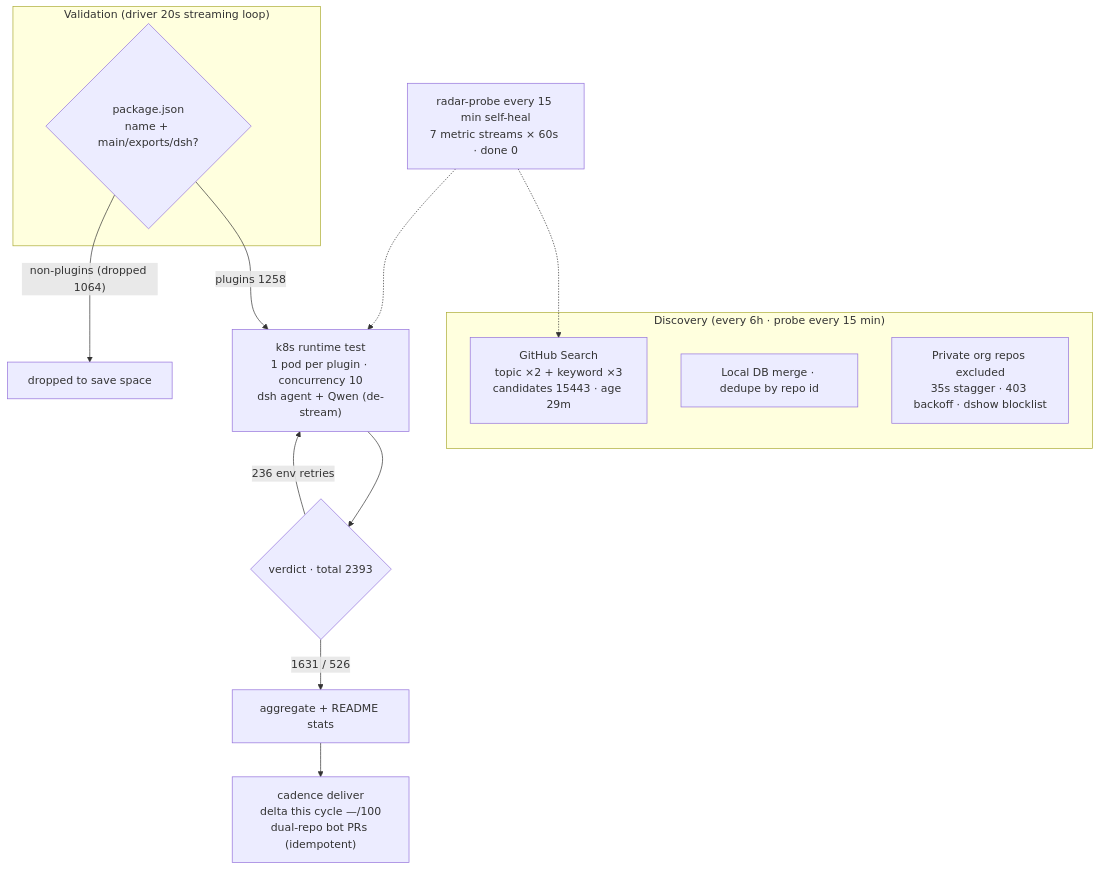
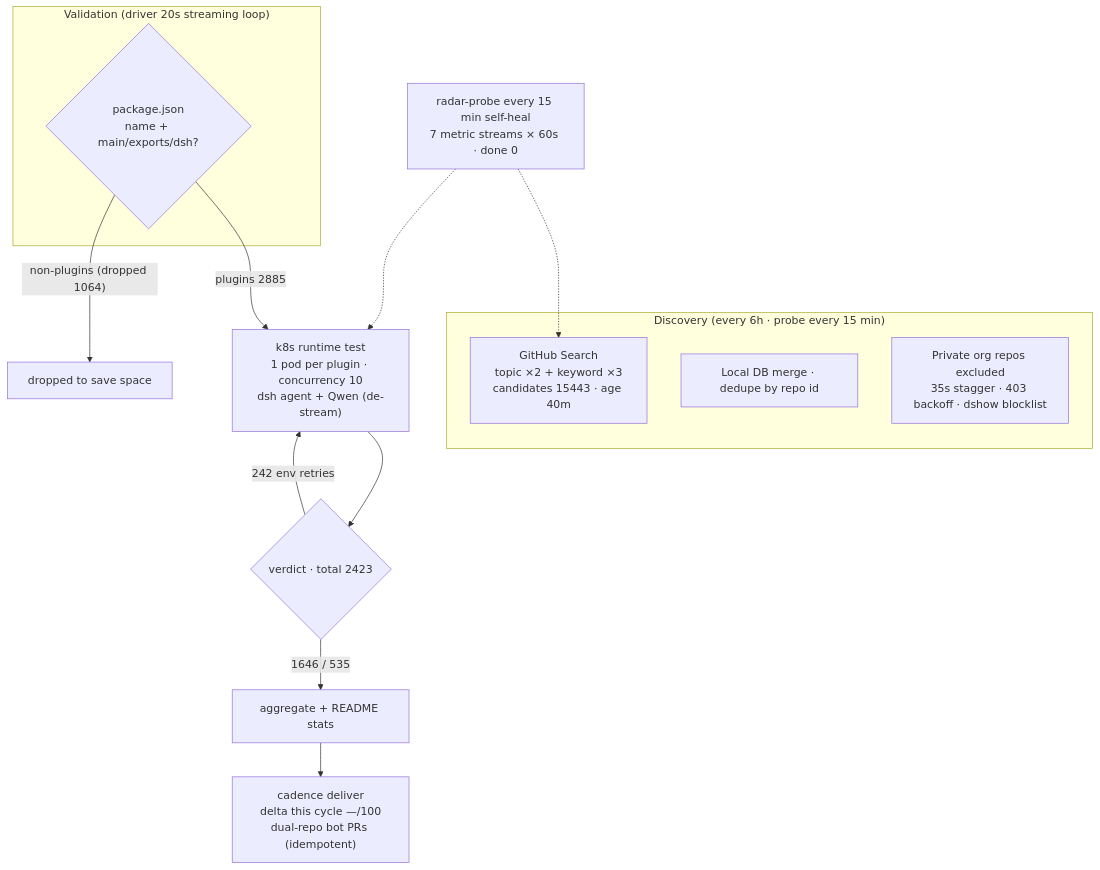
Before and after one commit to AdamPlatin123/awesome-dsh-plugins: the diagram in README.en-US.md, drawn with Mermaid. The commit also changed other lines of this file and 5 other files, not shown here.

````diff
--- a/README.en-US.md
+++ b/README.en-US.md
@@ -30,20 +30,20 @@
 ```mermaid
 flowchart TB
     subgraph Discovery["Discovery (every 6h · probe every 15 min)"]
-        A1["GitHub Search<br/>topic ×2 + keyword ×3<br/>candidates 15443 · age 29m"]
+        A1["GitHub Search<br/>topic ×2 + keyword ×3<br/>candidates 15443 · age 40m"]
         A2["Local DB merge · dedupe by repo id"]
         A3["Private org repos excluded<br/>35s stagger · 403 backoff · dshow blocklist"]
     end
     subgraph Validation["Validation (driver 20s streaming loop)"]
         B1{"package.json<br/>name + main/exports/dsh?"}
     end
-    B1 -->|"plugins 1258"| C1["k8s runtime test<br/>1 pod per plugin · concurrency 10<br/>dsh agent + Qwen (de-stream)"]
+    B1 -->|"plugins 2885"| C1["k8s runtime test<br/>1 pod per plugin · concurrency 10<br/>dsh agent + Qwen (de-stream)"]
     B1 -->|"non-plugins (dropped 1064)"| B3["dropped to save space"]
-    C1 --> D1{"verdict · total 2393"}
-    D1 -->|"1631 / 526"| E1["aggregate + README stats"]
-    D1 -->|"236 env retries"| C1
+    C1 --> D1{"verdict · total 2423"}
+    D1 -->|"1646 / 535"| E1["aggregate + README stats"]
+    D1 -->|"242 env retries"| C1
     E1 --> E2["cadence deliver<br/>delta this cycle —/100<br/>dual-repo bot PRs (idempotent)"]
     M["radar-probe every 15 min self-heal<br/>7 metric streams × 60s · done 0"]
     M -.-> A1
     M -.-> C1
 ```
````
